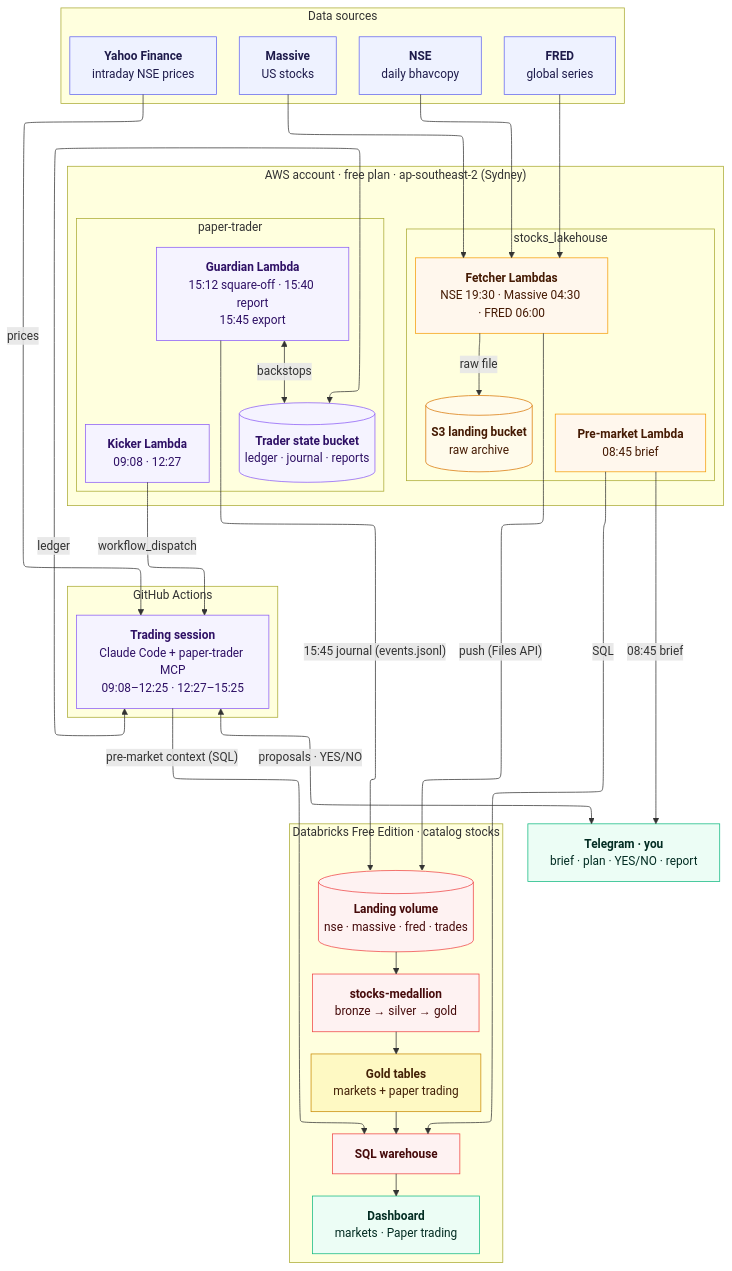
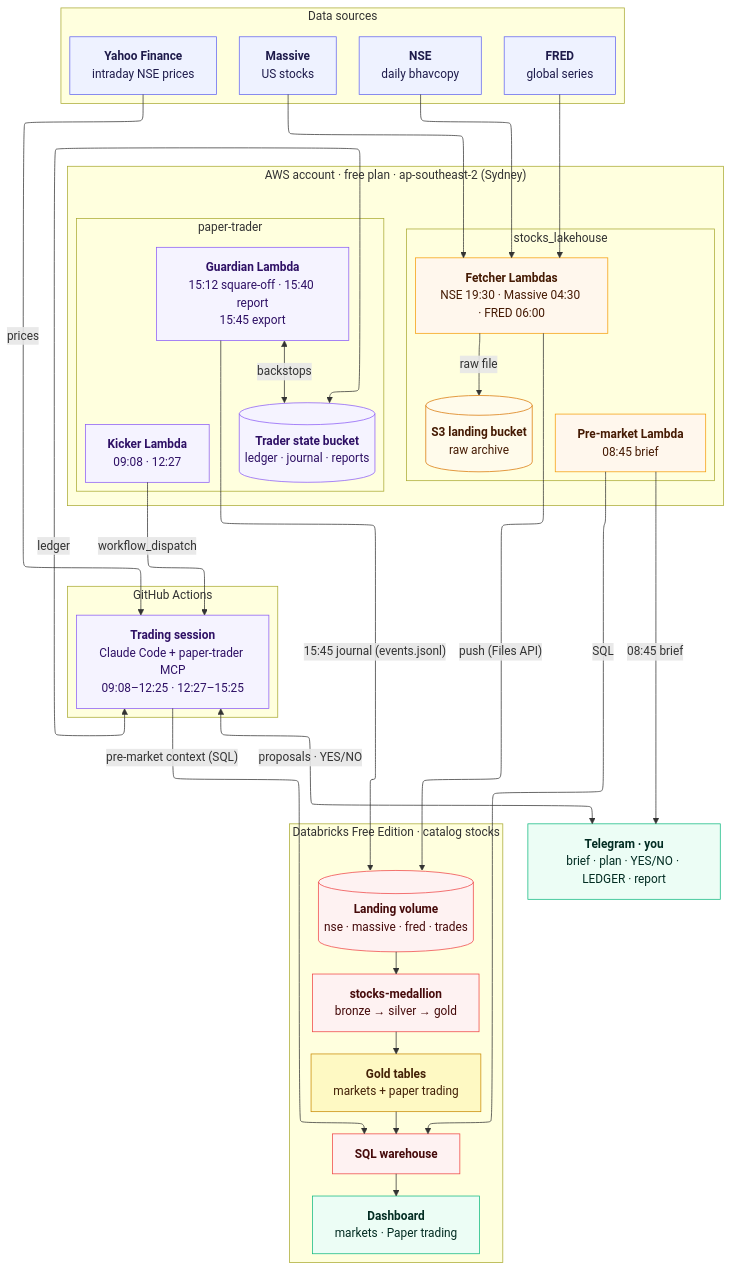
One commit to bumblebee26/stocks_lakehouse changed the diagram in docs/diagrams/05_platform.mmd. Above: the diagram before and after it, drawn with Mermaid. The commit also changed 5 other files, not shown here.

```diff
--- a/docs/diagrams/05_platform.mmd
+++ b/docs/diagrams/05_platform.mmd
@@ -1,79 +1,79 @@
 ---
 config:
   layout: elk
   elk:
     mergeEdges: false
     nodePlacementStrategy: NETWORK_SIMPLEX
 ---
 %% Shared platform view: stocks_lakehouse + paper-trader.
 %% The same file lives in bumblebee26/paper-trader as docs/diagrams/01_platform.mmd; keep them identical.
 %% Secrets (SSM) and deployments (CI/CD) are left out on purpose: see 04_cicd and the security tables.
 flowchart TB
     subgraph SRC["Data sources"]
         direction LR
         NSE["<b>NSE</b><br/>daily bhavcopy"]
         MAS["<b>Massive</b><br/>US stocks"]
         FRED["<b>FRED</b><br/>global series"]
         YF["<b>Yahoo Finance</b><br/>intraday NSE prices"]
     end
 
     subgraph AWS["AWS account · free plan · ap-southeast-2 (Sydney)"]
         direction LR
         subgraph LHA["stocks_lakehouse"]
             direction TB
             FET["<b>Fetcher Lambdas</b><br/>NSE 19:30 · Massive 04:30 · FRED 06:00"]
             S3L[("<b>S3 landing bucket</b><br/>raw archive")]
             PM["<b>Pre-market Lambda</b><br/>08:45 brief"]
         end
         subgraph PTA["paper-trader"]
             direction TB
             KICK["<b>Kicker Lambda</b><br/>09:08 · 12:27"]
             GUARD["<b>Guardian Lambda</b><br/>15:12 square-off · 15:40 report<br/>15:45 export"]
             S3T[("<b>Trader state bucket</b><br/>ledger · journal · reports")]
         end
     end
 
     subgraph GHA["GitHub Actions"]
         direction TB
         SESS["<b>Trading session</b><br/>Claude Code + paper-trader MCP<br/>09:08–12:25 · 12:27–15:25"]
     end
 
     subgraph DBX["Databricks Free Edition · catalog stocks"]
         direction TB
         VOL[("<b>Landing volume</b><br/>nse · massive · fred · trades")]
         PIPE["<b>stocks-medallion</b><br/>bronze → silver → gold"]
         GOLD["<b>Gold tables</b><br/>markets + paper trading"]
         WH["<b>SQL warehouse</b>"]
         DASH["<b>Dashboard</b><br/>markets · Paper trading"]
         VOL --> PIPE --> GOLD --> WH --> DASH
     end
 
-    TG["<b>Telegram · you</b><br/>brief · plan · YES/NO · report"]
+    TG["<b>Telegram · you</b><br/>brief · plan · YES/NO · LEDGER · report"]
 
     NSE & MAS & FRED --> FET
     FET -- "raw file" --> S3L
     FET -- "push (Files API)" --> VOL
     PM -- "SQL" --> WH
     PM -- "08:45 brief" --> TG
     KICK -- "workflow_dispatch" --> SESS
     SESS -- "pre-market context (SQL)" --> WH
     YF -- "prices" --> SESS
     SESS <-- "ledger" --> S3T
     SESS <-- "proposals · YES/NO" --> TG
     GUARD <-- "backstops" --> S3T
     GUARD -- "15:45 journal (events.jsonl)" --> VOL
 
     classDef ext fill:#eef2ff,stroke:#6366f1,color:#1e1b4b
     classDef aws fill:#fff7ed,stroke:#f59e0b,color:#451a03
     classDef store fill:#fffbeb,stroke:#d97706,color:#451a03
     classDef trader fill:#f5f3ff,stroke:#8b5cf6,color:#2e1065
     classDef dbx fill:#fef2f2,stroke:#ef4444,color:#450a0a
     classDef gold fill:#fef9c3,stroke:#ca8a04,color:#422006
     classDef out fill:#ecfdf5,stroke:#10b981,color:#022c22
     class NSE,MAS,FRED,YF ext
     class FET,PM aws
     class S3L store
     class KICK,GUARD,S3T,SESS trader
     class VOL,PIPE,WH dbx
     class GOLD gold
     class DASH,TG out
```
